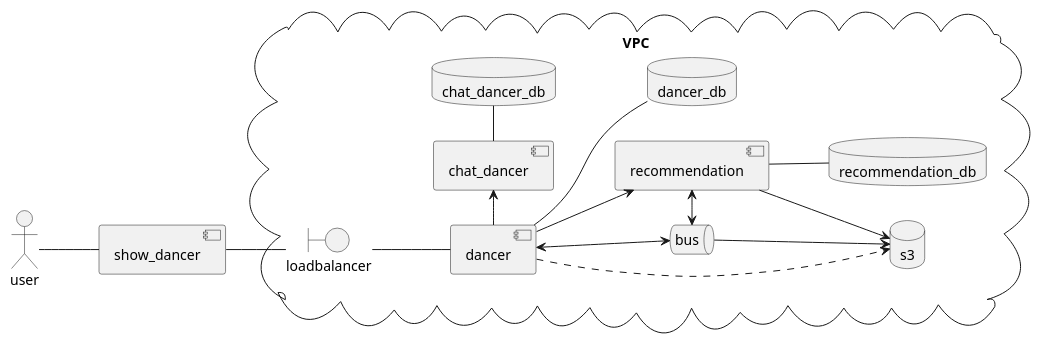
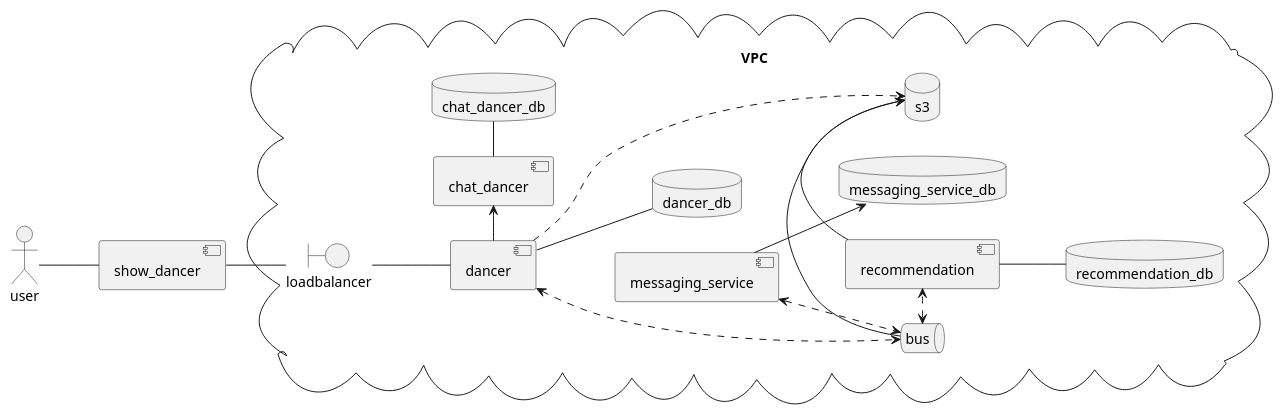
Before and after one commit to dancier/documentation: the first of 5 diagrams in src/main/jbake/content/documentation/arc42/src/04_solution_strategy.adoc, drawn with PlantUML.

Commit message:
added messaing_service

```diff
--- a/src/main/jbake/content/documentation/arc42/src/04_solution_strategy.adoc
+++ b/src/main/jbake/content/documentation/arc42/src/04_solution_strategy.adoc
@@ -6,41 +6,47 @@
 [plantuml, high-level-architecture, svg]
 ....
 @startuml
 left to right direction
 actor user
 component show_dancer
 cloud VPC {
    boundary loadbalancer
+
+   component messaging_service
+   database messaging_service_db
+
    component dancer
    database dancer_db
 
    component chat_dancer
    database  chat_dancer_db
 
    component recommendation
    database recommendation_db
 
    database s3
 
    queue bus
 }
 user -- show_dancer
 show_dancer -- loadbalancer
 loadbalancer -- dancer
 dancer -- dancer_db
 dancer ...> s3
-dancer -> recommendation
 dancer -> chat_dancer
 
 recommendation -> s3
 recommendation -- recommendation_db
 
 chat_dancer - chat_dancer_db
 
-dancer <--> bus
-bus <-> recommendation
+dancer <.> bus
+bus <.> recommendation
 
 bus -> s3
 
+messaging_service <..> bus
+messaging_service --> messaging_service_db
+
 @enduml
 ....
```
